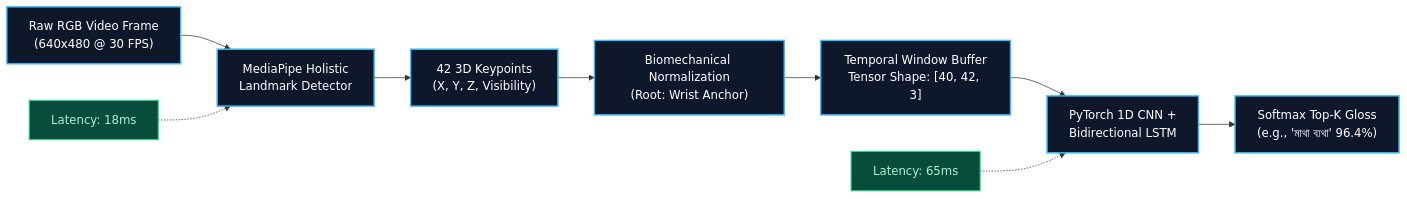
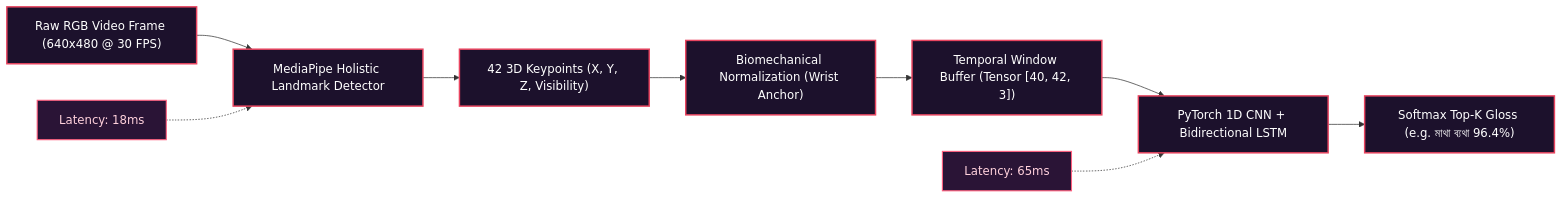
One commit to mohammademon10/Bhasha-Drishti changed the second of 6 diagrams in README.md. Above: the diagram before and after it, drawn with Mermaid. The commit also changed other lines of this file and 9 other files, not shown here.

Commit message:
feat: apply Royal Aurora color palette, realistic 3D clinical avatar, declutter UI, and fix GitHub Mermaid diagrams

````diff
--- a/README.md
+++ b/README.md
@@ -110,15 +111,15 @@
 ```mermaid
 flowchart LR
-    classDef nodeStyle fill:#0F172A,stroke:#38BDF8,stroke-width:2px,color:#FFFFFF;
-    classDef latencyStyle fill:#064E3B,stroke:#34D399,stroke-width:1.5px,color:#A7F3D0;
+    classDef nodeStyle fill:#1C112C,stroke:#E94560,stroke-width:2px,color:#FFFFFF;
+    classDef latencyStyle fill:#2A1436,stroke:#FF5E7E,stroke-width:1.5px,color:#FFD1DC;
 
-    A["Raw RGB Video Frame<br/>(640x480 @ 30 FPS)"]:::nodeStyle --> B["MediaPipe Holistic<br/>Landmark Detector"]:::nodeStyle
-    B --> C["42 3D Keypoints<br/>(X, Y, Z, Visibility)"]:::nodeStyle
-    C --> D["Biomechanical Normalization<br/>(Root: Wrist Anchor)"]:::nodeStyle
-    D --> E["Temporal Window Buffer<br/>Tensor Shape: [40, 42, 3]"]:::nodeStyle
-    E --> F["PyTorch 1D CNN +<br/>Bidirectional LSTM"]:::nodeStyle
-    F --> G["Softmax Top-K Gloss<br/>(e.g., 'মাথা ব্যথা' 96.4%)"]:::nodeStyle
+    A["Raw RGB Video Frame (640x480 @ 30 FPS)"]:::nodeStyle --> B["MediaPipe Holistic Landmark Detector"]:::nodeStyle
+    B --> C["42 3D Keypoints (X, Y, Z, Visibility)"]:::nodeStyle
+    C --> D["Biomechanical Normalization (Wrist Anchor)"]:::nodeStyle
+    D --> E["Temporal Window Buffer (Tensor [40, 42, 3])"]:::nodeStyle
+    E --> F["PyTorch 1D CNN + Bidirectional LSTM"]:::nodeStyle
+    F --> G["Softmax Top-K Gloss (e.g. মাথা ব্যথা 96.4%)"]:::nodeStyle
 
     L1["Latency: 18ms"]:::latencyStyle -.-> B
     L2["Latency: 65ms"]:::latencyStyle -.-> F
 ```
````
